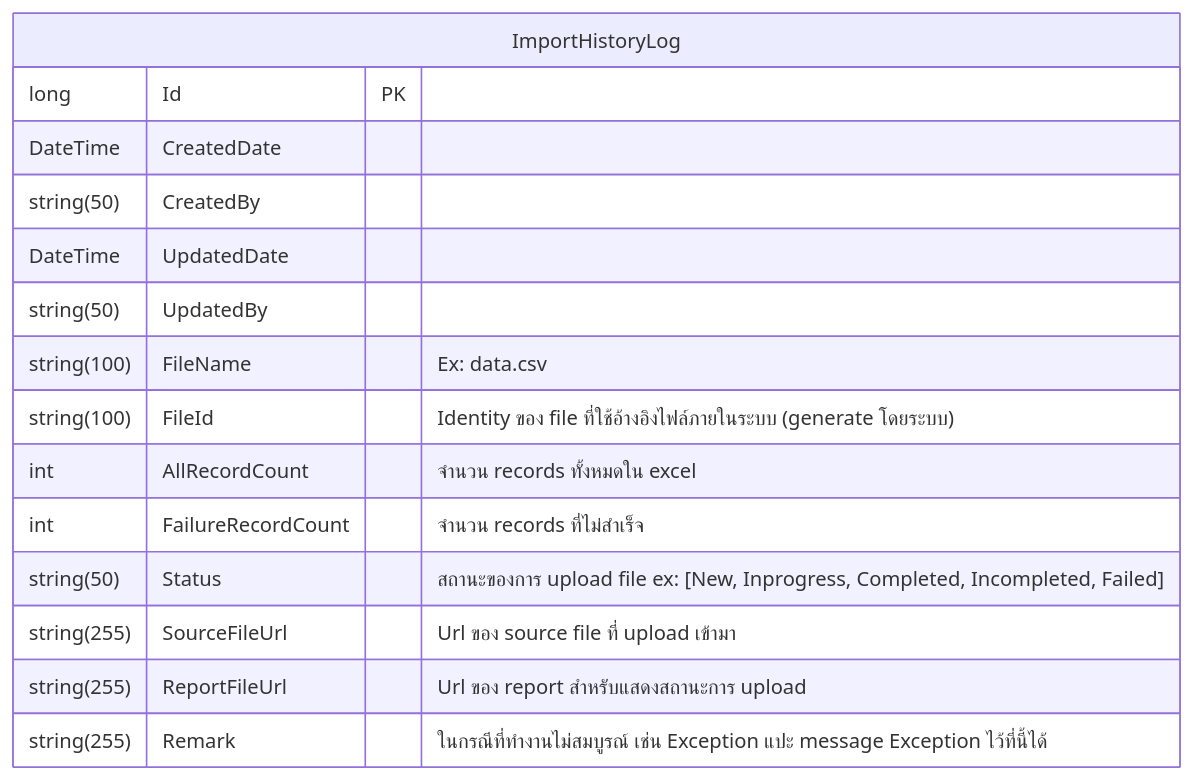
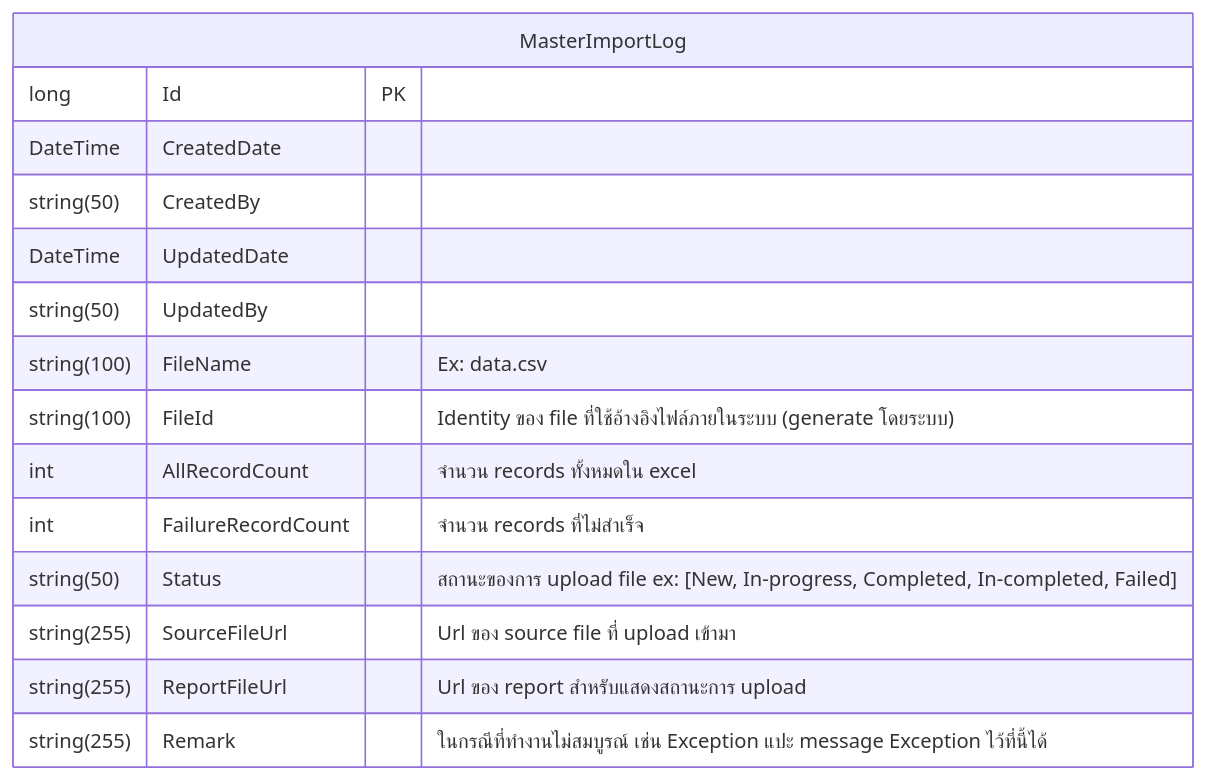
One commit to rosered11/org_document changed the diagram in SPC/CRL/ER-diagram.md. Above: the diagram before and after it, drawn with Mermaid. The commit also changed 7 other files, not shown here.

````diff
--- a/SPC/CRL/ER-diagram.md
+++ b/SPC/CRL/ER-diagram.md
@@ -1,18 +1,18 @@
 ```mermaid
 erDiagram
-    ImportHistoryLog {
+    MasterImportLog {
         long Id PK
         DateTime CreatedDate
         string(50) CreatedBy
         DateTime UpdatedDate
         string(50) UpdatedBy
         string(100) FileName "Ex: data.csv"
         string(100) FileId "Identity ของ file ที่ใช้อ้างอิงไฟล์ภายในระบบ (generate โดยระบบ)"
         int AllRecordCount "จำนวน records ทั้งหมดใน excel"
         int FailureRecordCount "จำนวน records ที่ไม่สำเร็จ"
-        string(50) Status "สถานะของการ upload file ex: [New, Inprogress, Completed, Incompleted, Failed]"
+        string(50) Status "สถานะของการ upload file ex: [New, In-progress, Completed, In-completed, Failed]"
         string(255) SourceFileUrl "Url ของ source file ที่ upload เข้ามา"
         string(255) ReportFileUrl "Url ของ report สำหรับแสดงสถานะการ upload"
         string(255) Remark "ในกรณีที่ทำงานไม่สมบูรณ์ เช่น Exception แปะ message Exception ไว้ที่นี้ได้"
     }
 ```
````
